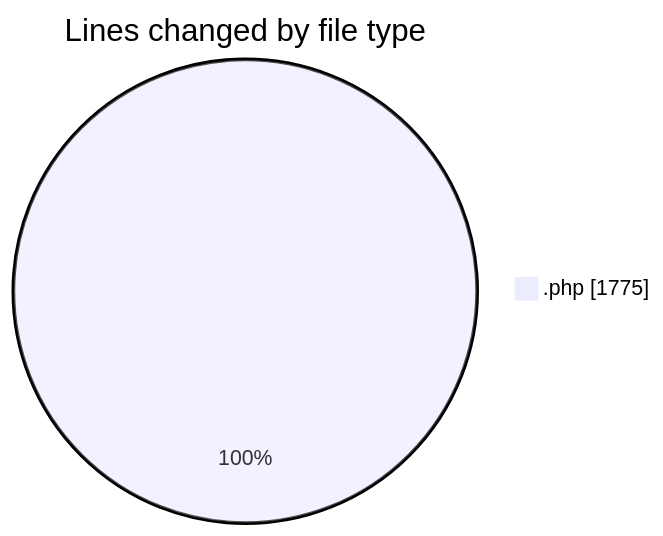
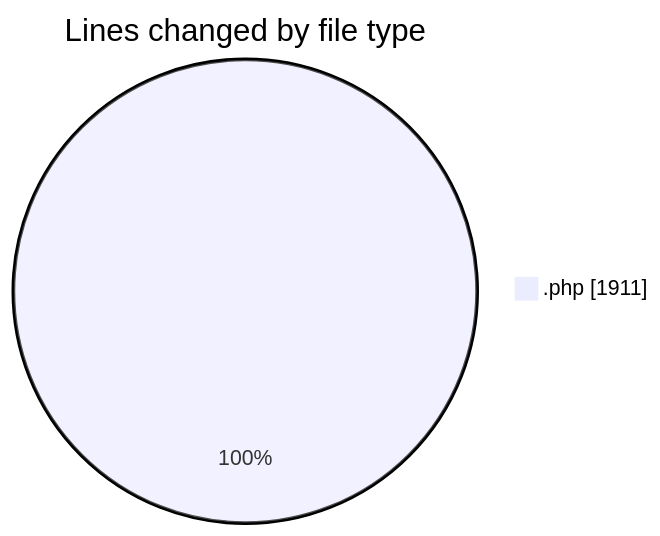
One commit to debugP/code-tracking changed the first of 2 diagrams in 2025-10-22/untitled__workspace_/README.md. Above: the diagram before and after it, drawn with Mermaid. The commit also changed other lines of this file and 1 other file, not shown here.

````diff
--- a/2025-10-22/untitled__workspace_/README.md
+++ b/2025-10-22/untitled__workspace_/README.md
@@ -20,5 +20,5 @@
 ```mermaid
 pie showData
 title Lines changed by file type
-".php" : 1775
+".php" : 1911
 ```
````
